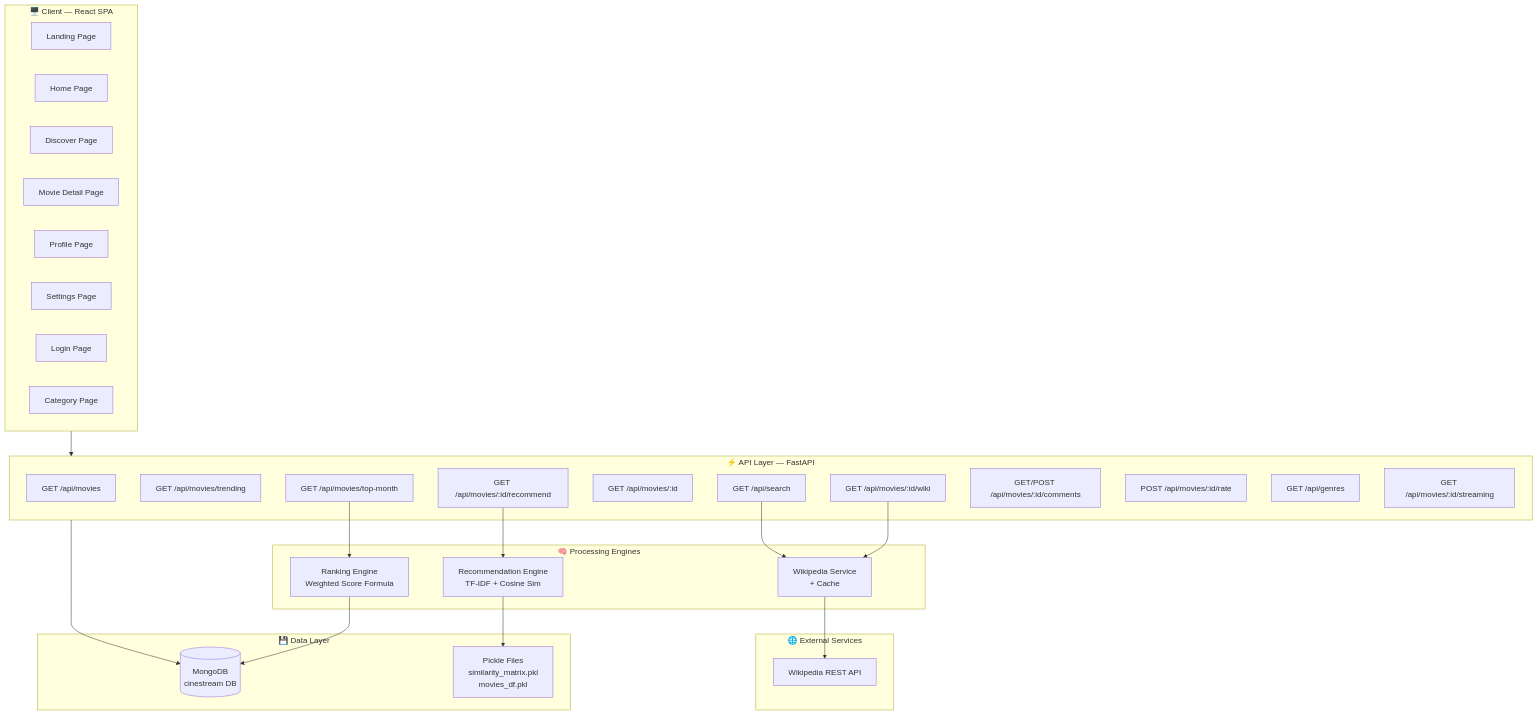
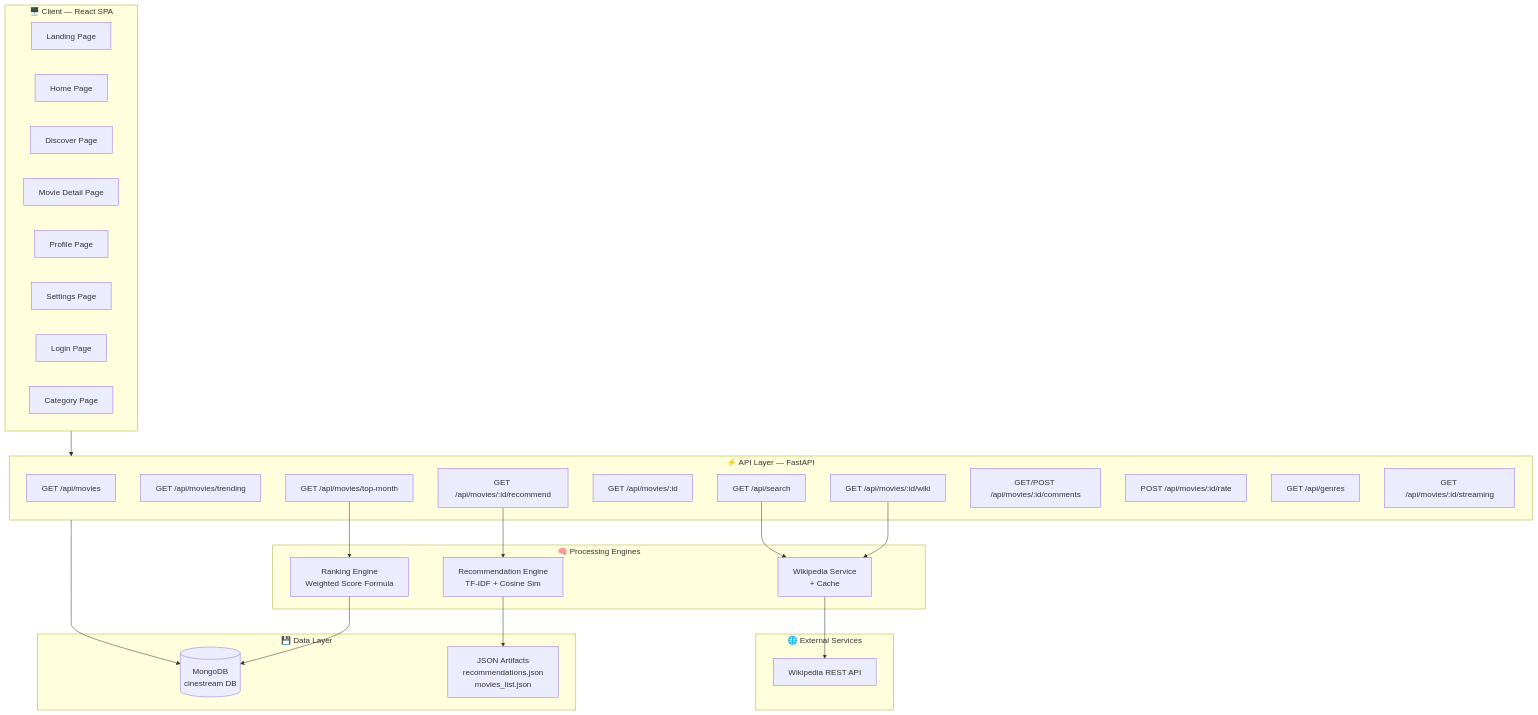
Before and after one commit to Storm1289/movie-recommendation-system-ojt: the first of 10 diagrams in Readme.md, drawn with Mermaid. The commit also changed other lines of this file, not shown here.

````diff
--- a/Readme.md
+++ b/Readme.md
@@ -136,52 +136,52 @@
 ```mermaid
 graph TB
     subgraph Client["🖥️ Client — React SPA"]
         Landing["Landing Page"]
         Home["Home Page"]
         Discover["Discover Page"]
         MovieDetail["Movie Detail Page"]
         Profile["Profile Page"]
         Settings["Settings Page"]
         Login["Login Page"]
         Category["Category Page"]
     end
 
     subgraph API_Layer["⚡ API Layer — FastAPI"]
         MoviesAPI["GET /api/movies"]
         TrendingAPI["GET /api/movies/trending"]
         TopMonthAPI["GET /api/movies/top-month"]
         SearchAPI["GET /api/search"]
         DetailAPI["GET /api/movies/:id"]
         RecommendAPI["GET /api/movies/:id/recommend"]
         WikiAPI["GET /api/movies/:id/wiki"]
         CommentsAPI["GET/POST /api/movies/:id/comments"]
         RateAPI["POST /api/movies/:id/rate"]
         GenresAPI["GET /api/genres"]
         StreamingAPI["GET /api/movies/:id/streaming"]
     end
 
     subgraph Engines["🧠 Processing Engines"]
         RecEngine["Recommendation Engine<br/>TF-IDF + Cosine Sim"]
         RankEngine["Ranking Engine<br/>Weighted Score Formula"]
         WikiService["Wikipedia Service<br/>+ Cache"]
     end
 
     subgraph Data["💾 Data Layer"]
         MongoDB[(MongoDB<br/>cinestream DB)]
-        Pickles["Pickle Files<br/>similarity_matrix.pkl<br/>movies_df.pkl"]
+        Pickles["JSON Artifacts<br/>recommendations.json<br/>movies_list.json"]
     end
 
     subgraph External["🌐 External Services"]
         WikiAPI_Ext["Wikipedia REST API"]
     end
 
     Client --> API_Layer
     RecommendAPI --> RecEngine
     TopMonthAPI --> RankEngine
     WikiAPI --> WikiService
     SearchAPI --> WikiService
     RecEngine --> Pickles
     WikiService --> WikiAPI_Ext
     API_Layer --> MongoDB
     RankEngine --> MongoDB
 ```
````
